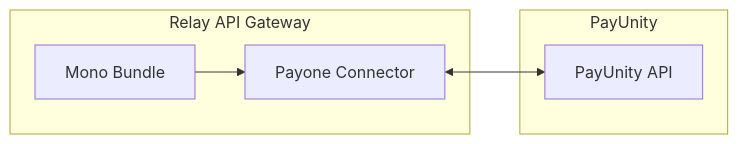
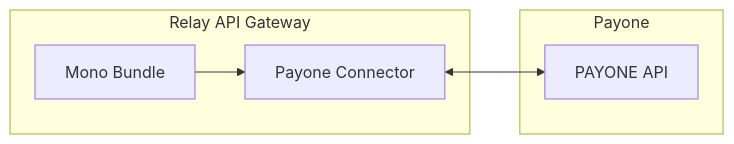
One commit to digital-blueprint/relay-mono-connector-payone-bundle changed the diagram in docs/index.md. Above: the diagram before and after it, drawn with Mermaid. The commit also changed other lines of this file and 44 other files, not shown here.

````diff
--- a/docs/index.md
+++ b/docs/index.md
@@ -5,14 +5,14 @@
 ```mermaid
 flowchart LR
     subgraph Relay API Gateway
         mono_bundle["Mono Bundle"]
         mono_payone_bundle["Payone Connector"]
     end
 
-    subgraph PayUnity
-        payunity_api["PayUnity API"]
+    subgraph Payone
+        payone_api["PAYONE API"]
     end
 
     mono_bundle --> mono_payone_bundle
-    mono_payone_bundle <--> payunity_api
+    mono_payone_bundle <--> payone_api
 ```
````
